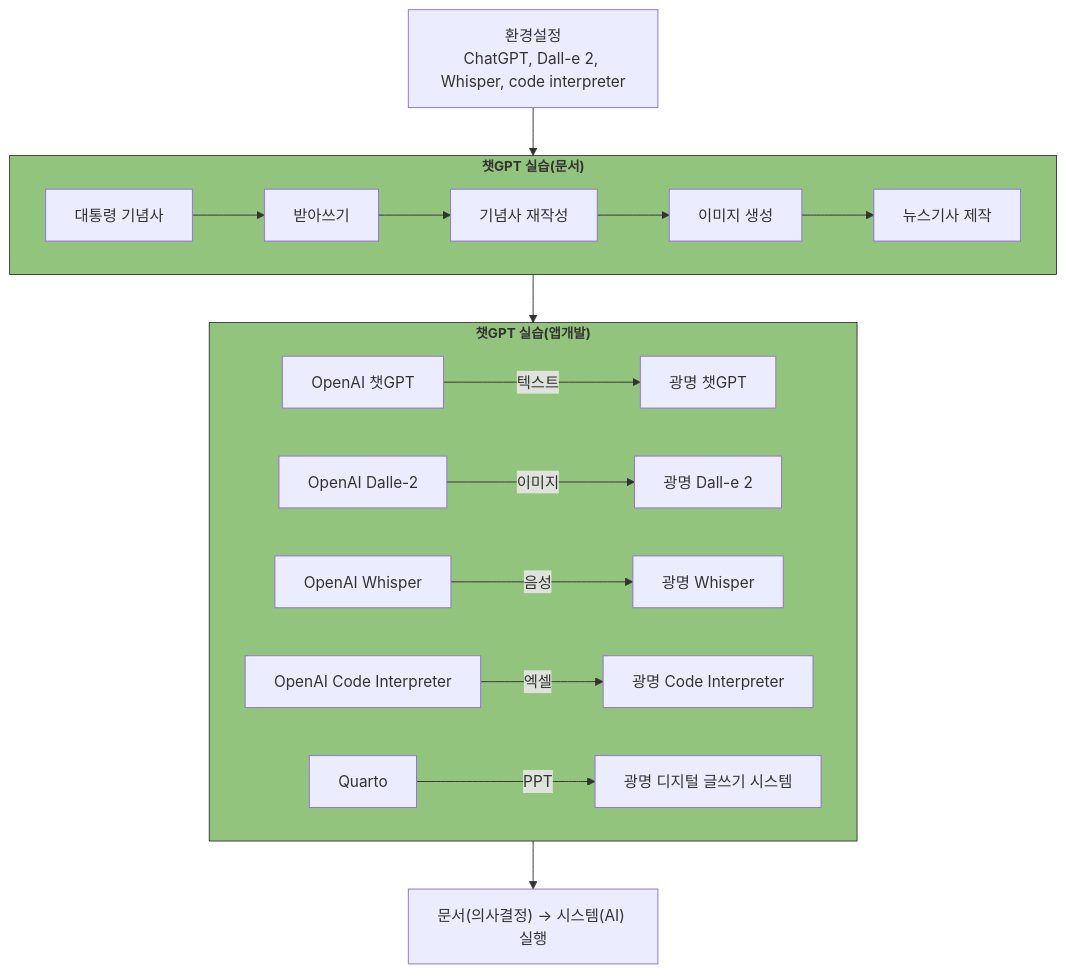
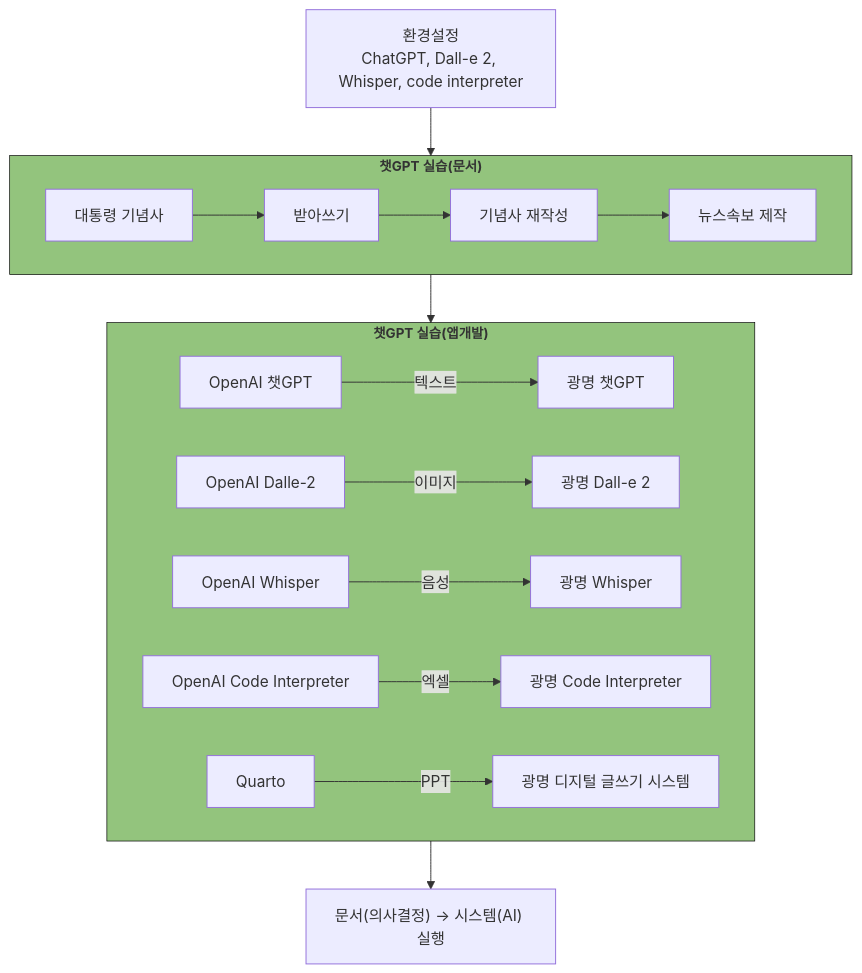
One commit to bit2r/gpt-edu changed the diagram in mayor_20230811.qmd. Above: the diagram before and after it, drawn with Mermaid. The commit also changed other lines of this file and 3 other files, not shown here.

````diff
--- a/mayor_20230811.qmd
+++ b/mayor_20230811.qmd
@@ -101,32 +101,31 @@
 ```{mermaid}
 flowchart TB
     
     setup["환경설정<br>ChatGPT, Dall-e 2, Whisper, code interpreter"]     --> practice
 
     practice --> development
 
     subgraph practice["챗GPT 실습(문서)"]
     direction LR
         speech["대통령 기념사"]     --> stt["받아쓰기"]
         stt               --> text2text["기념사 재작성"]
-        text2text --> image["이미지 생성"]
-        image --> news_article["뉴스기사 제작"]
+        text2text --> news_article["뉴스속보 제작"]
     end
 
     subgraph development["챗GPT 실습(앱개발)"]
     direction LR
         chatGPT["OpenAI 챗GPT"]     -->|텍스트| km_chatGPT["광명 챗GPT"]
         Dalle["OpenAI Dalle-2"]     -->|이미지| km_Dalle["광명 Dall-e 2"]
         whisper["OpenAI Whisper"]     -->|음성| km_whisper["광명 Whisper"]
         code_interpreter["OpenAI Code Interpreter"]     -->|엑셀| km_code["광명 Code Interpreter"]
         Quarto["Quarto"]     -->|PPT| km_quarto["광명 디지털 글쓰기 시스템"]
 
     end
 
     development     --> workshop["문서(의사결정) &rarr; 시스템(AI) 실행"]
 
 class practice nodeStyle
 class development nodeStyle
 
 classDef nodeStyle fill:#93c47d,stroke:#000000,stroke-width:0.7px,font-weight:bold,font-size:14px;
 ```
````
